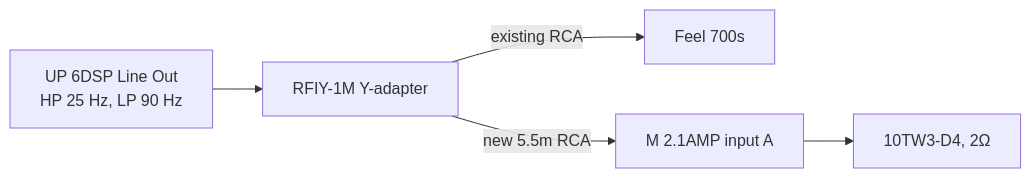
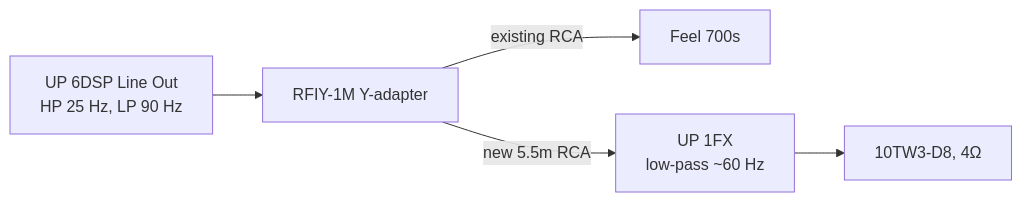
One commit to badsyntax/jimny-sound changed the second of 2 diagrams in SUB-UPGRADE.md. Above: the diagram before and after it, drawn with Mermaid. The commit also changed other lines of this file and 5 other files, not shown here.

````diff
--- a/SUB-UPGRADE.md
+++ b/SUB-UPGRADE.md
@@ -195,6 +197,6 @@
 ```mermaid
 flowchart LR
     DSP["UP 6DSP Line Out<br/>HP 25 Hz, LP 90 Hz"] --> Y["RFIY-1M Y-adapter"]
     Y -->|"existing RCA"| F["Feel 700s"]
-    Y -->|"new 5.5m RCA"| B["M 2.1AMP input A"] --> S["10TW3-D4, 2Ω"]
+    Y -->|"new 5.5m RCA"| B["UP 1FX<br/>low-pass ~60 Hz"] --> S["10TW3-D8, 4Ω"]
 ```
````
